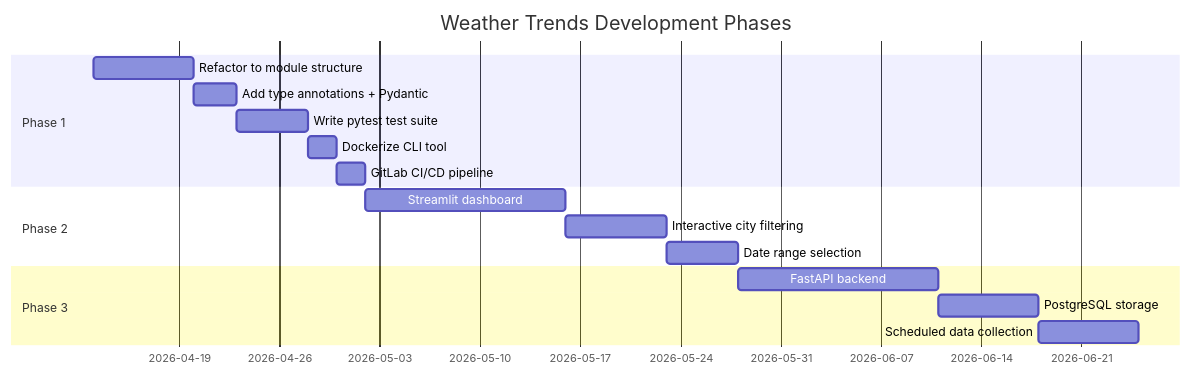
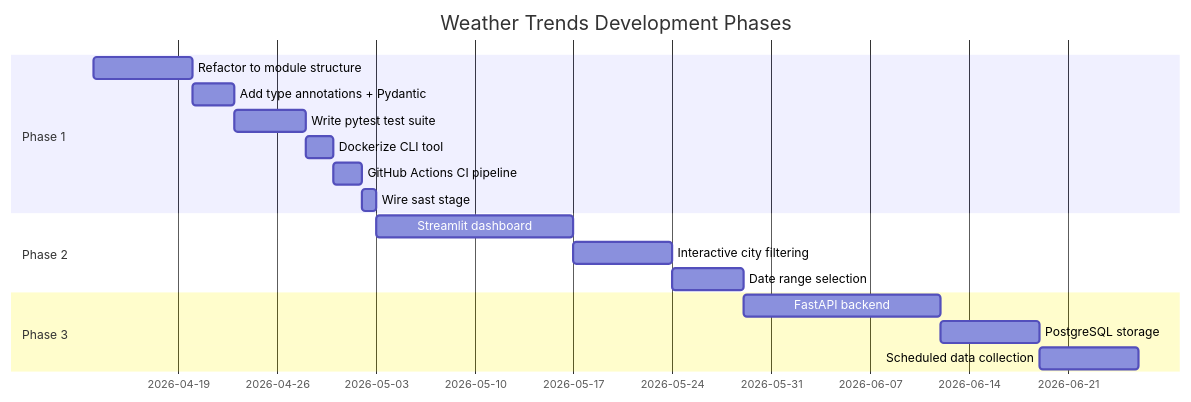
One commit to amrambouskila/weather-trends changed the second of 4 diagrams in docs/WEATHER_TRENDS_MASTER_PLAN.md. Above: the diagram before and after it, drawn with Mermaid. The commit also changed other lines of this file and 14 other files, not shown here.

````diff
--- a/docs/WEATHER_TRENDS_MASTER_PLAN.md
+++ b/docs/WEATHER_TRENDS_MASTER_PLAN.md
@@ -34,19 +34,20 @@
 ```mermaid
 gantt
     title Weather Trends Development Phases
     dateFormat  YYYY-MM-DD
     section Phase 1
         Refactor to module structure       :p1a, 2026-04-13, 7d
         Add type annotations + Pydantic    :p1b, after p1a, 3d
         Write pytest test suite            :p1c, after p1b, 5d
         Dockerize CLI tool                 :p1d, after p1c, 2d
-        GitLab CI/CD pipeline              :p1e, after p1d, 2d
+        GitHub Actions CI pipeline         :p1e, after p1d, 2d
+        Wire sast stage                    :p1f, after p1e, 1d
     section Phase 2
-        Streamlit dashboard                :p2a, after p1e, 14d
+        Streamlit dashboard                :p2a, after p1f, 14d
         Interactive city filtering         :p2b, after p2a, 7d
         Date range selection               :p2c, after p2b, 5d
     section Phase 3
         FastAPI backend                    :p3a, after p2c, 14d
         PostgreSQL storage                 :p3b, after p3a, 7d
         Scheduled data collection          :p3c, after p3b, 7d
 ```
````
